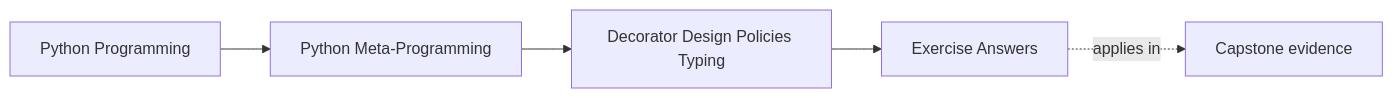
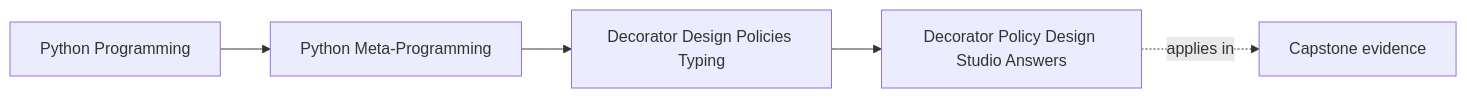
Before and after one commit to bijux/bijux-masterclass: the first of 2 diagrams in programs/python-programming/python-meta-programming/course-book/module-05-decorator-design-policies-typing/exercise-answers.md, drawn with Mermaid. The commit also changed other lines of this file and 2 other files, not shown here.

Commit message:
docs(module-05): align answers with executable policy proof

````diff
--- a/programs/python-programming/python-meta-programming/course-book/module-05-decorator-design-policies-typing/exercise-answers.md
+++ b/programs/python-programming/python-meta-programming/course-book/module-05-decorator-design-policies-typing/exercise-answers.md
@@ -7,11 +6,11 @@
 ```mermaid
 graph LR
   family["Python Programming"]
   program["Python Meta-Programming"]
   section["Decorator Design Policies Typing"]
-  page["Exercise Answers"]
+  page["Decorator Policy Design Studio Answers"]
   capstone["Capstone evidence"]
 
   family --> program --> section --> page
   page -.applies in.-> capstone
 ```
````
